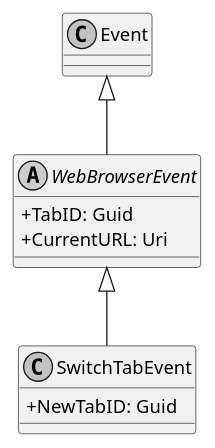
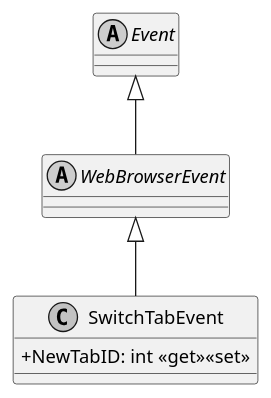
The diagram in documents/sd/plantuml/application/Modules/WebBrowser/Events/SwitchTabEvent.puml (insightmind/MORR), drawn with PlantUML before and after one commit. The commit also changed 27 other files, not shown here.

```diff
--- a/documents/sd/plantuml/application/Modules/WebBrowser/Events/SwitchTabEvent.puml
+++ b/documents/sd/plantuml/application/Modules/WebBrowser/Events/SwitchTabEvent.puml
@@ -1,14 +1,14 @@
 @startuml
 skinparam monochrome true
 skinparam classAttributeIconSize 0
 
 class SwitchTabEvent {
-    + NewTabID: Guid
+    + NewTabID: int <<get>><<set>>
 }
 abstract class WebBrowserEvent {
-    + TabID: Guid
-    + CurrentURL: Uri
+
 }
+abstract class Event
 WebBrowserEvent <|-- SwitchTabEvent
 Event <|-- WebBrowserEvent
 @enduml
```
